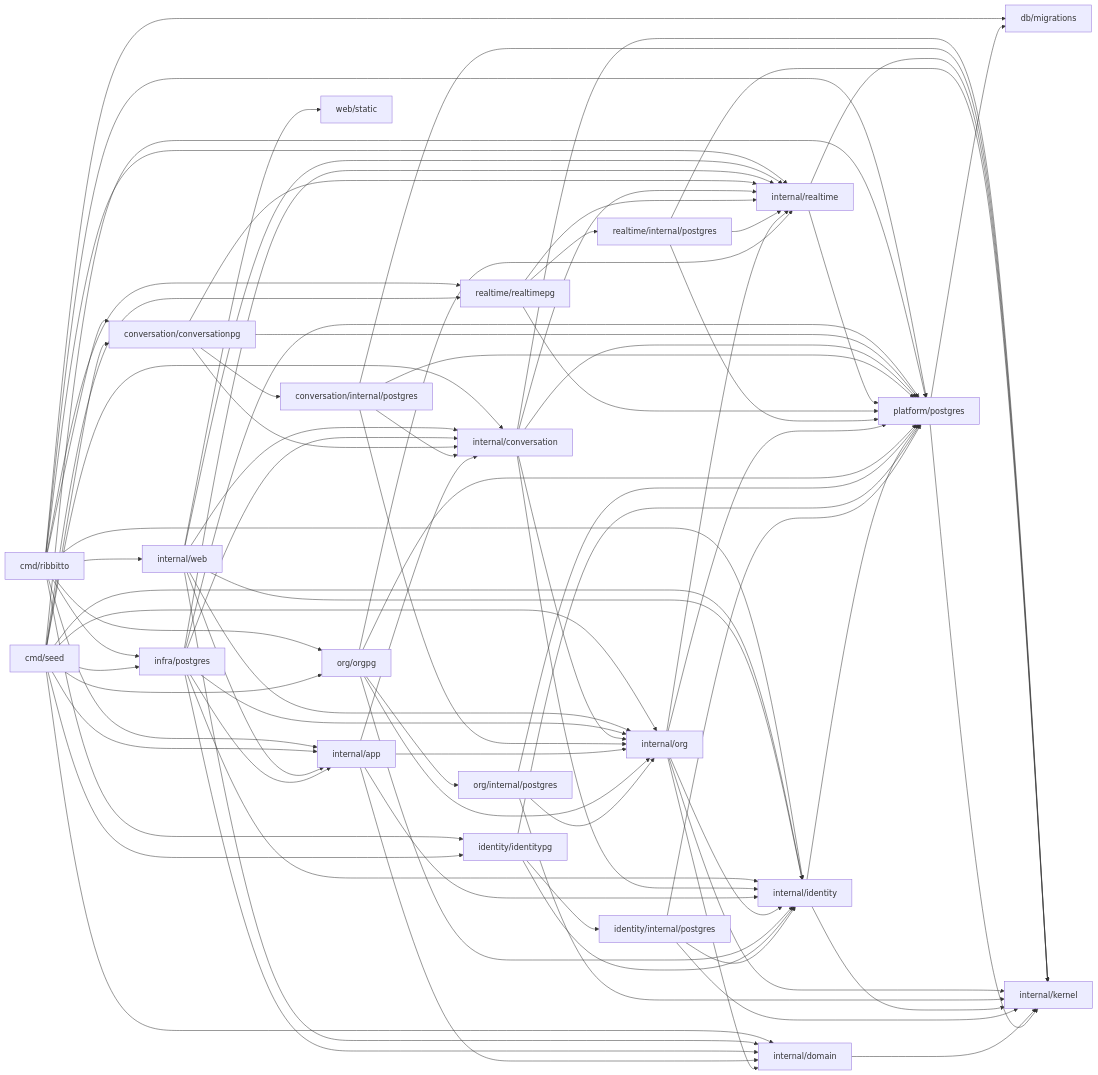
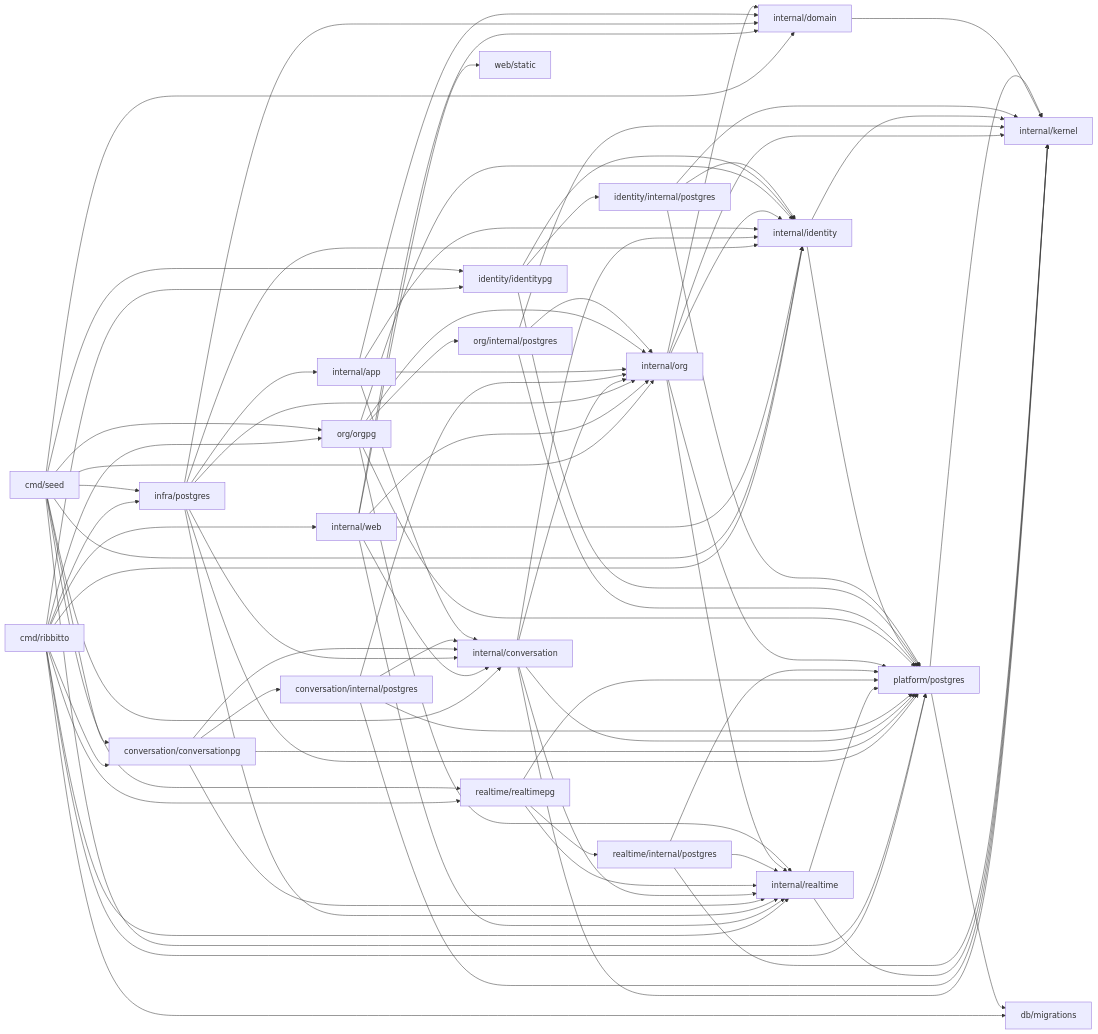
One commit to tkakkie/ribbitto changed the diagram in docs/architecture/packages.md. Above: the diagram before and after it, drawn with Mermaid. The commit also changed other lines of this file and 23 other files, not shown here.

````diff
--- a/docs/architecture/packages.md
+++ b/docs/architecture/packages.md
@@ -38,22 +38,22 @@
 ```mermaid
 flowchart LR
-  cmd[cmd/ribbitto] --> web & app & orgpg[org/orgpg] & conversationpg[conversation/conversationpg] & identity & identitypg[identity/identitypg] & realtimepg & postgres[infra/postgres] & realtime & platform[platform/postgres] & migrations[db/migrations]
-  seed[cmd/seed] --> conversation & conversationpg & app & org & orgpg & identity & identitypg & realtimepg & postgres & platform & domain
-  web[internal/web] --> app & org & conversation & identity & domain & realtime & static[web/static]
+  cmd[cmd/ribbitto] --> web & orgpg[org/orgpg] & conversationpg[conversation/conversationpg] & identity & identitypg[identity/identitypg] & realtimepg & postgres[infra/postgres] & realtime & platform[platform/postgres] & migrations[db/migrations]
+  seed[cmd/seed] --> conversation & conversationpg & org & orgpg & identity & identitypg & realtimepg & postgres & platform & domain
+  web[internal/web] --> org & conversation & identity & domain & realtime & static[web/static]
   postgres --> app & org & conversation & identity & domain & platform & realtime
   conversationpg --> conversation[internal/conversation] & cstore[conversation/internal/postgres] & realtime & platform
   conversation --> identity & org & realtime & kernel & platform
   cstore --> conversation & org & platform & kernel
   realtime[internal/realtime] --> kernel & platform
   realtimepg[realtime/realtimepg] --> realtime & rstore[realtime/internal/postgres] & platform
   rstore --> realtime & platform & kernel
   app[internal/app] --> org & conversation & identity & domain[internal/domain]
   org[internal/org] --> identity & realtime & domain & kernel & platform
   orgpg --> org & ostore[org/internal/postgres] & platform & identity & realtime
   ostore --> org & platform & kernel
   identity[internal/identity] --> kernel & platform
   identitypg --> identity & store[identity/internal/postgres] & platform
   store --> identity & platform & kernel
   domain --> kernel[internal/kernel]
   platform --> kernel & migrations
 ```
````
